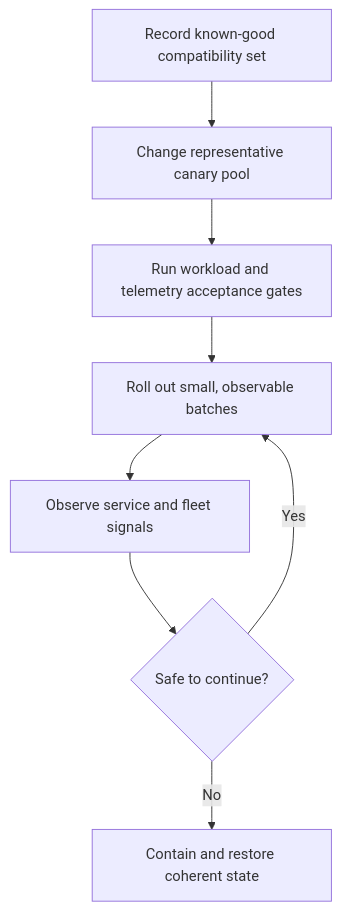
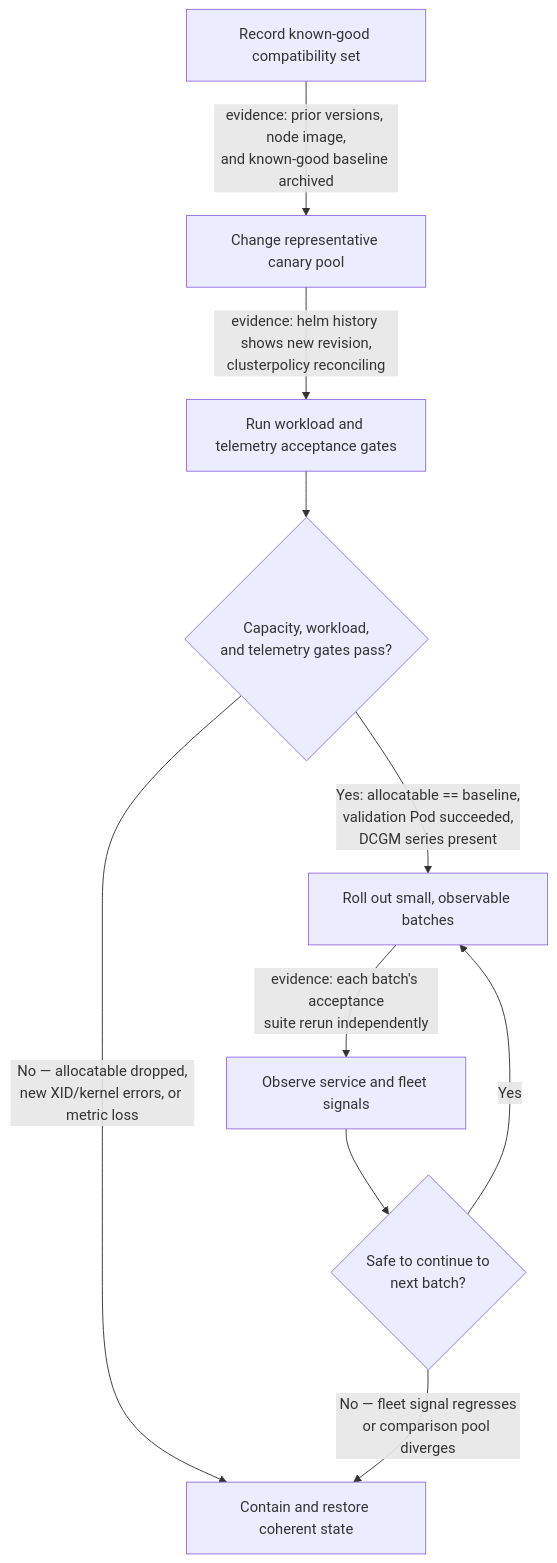
One commit to jithinpnjm/nvidia-devops changed the diagram in docs/nvidia-zero-to-hero/volume-10/chapter-11-upgrades-and-production-troubleshooting.md. Above: the diagram before and after it, drawn with Mermaid. The commit also changed other lines of this file and 10 other files, not shown here.

````diff
--- a/docs/nvidia-zero-to-hero/volume-10/chapter-11-upgrades-and-production-troubleshooting.md
+++ b/docs/nvidia-zero-to-hero/volume-10/chapter-11-upgrades-and-production-troubleshooting.md
@@ -20,10 +20,12 @@
 ```mermaid
 flowchart TD
-    Inventory[Record known-good compatibility set] --> Canary[Change representative canary pool]
-    Canary --> Gate[Run workload and telemetry acceptance gates]
-    Gate --> Rollout[Roll out small, observable batches]
-    Rollout --> Observe[Observe service and fleet signals]
-    Observe --> Decision{Safe to continue?}
-    Decision -->|Yes| Rollout
-    Decision -->|No| Recover[Contain and restore coherent state]
+    Inventory[Record known-good compatibility set] -->|"evidence: prior versions, node image,<br/>and known-good baseline archived"| Canary[Change representative canary pool]
+    Canary -->|"evidence: helm history shows new revision,<br/>clusterpolicy reconciling"| Gate[Run workload and telemetry acceptance gates]
+    Gate --> Pass{"Capacity, workload,<br/>and telemetry gates pass?"}
+    Pass -->|"No — allocatable dropped,<br/>new XID/kernel errors, or metric loss"| Recover[Contain and restore coherent state]
+    Pass -->|"Yes: allocatable == baseline,<br/>validation Pod succeeded,<br/>DCGM series present"| Rollout[Roll out small, observable batches]
+    Rollout -->|"evidence: each batch's acceptance<br/>suite rerun independently"| Observe[Observe service and fleet signals]
+    Observe --> Decision{"Safe to continue to<br/>next batch?"}
+    Decision -->|"Yes"| Rollout
+    Decision -->|"No — fleet signal regresses<br/>or comparison pool diverges"| Recover
 ```
````
